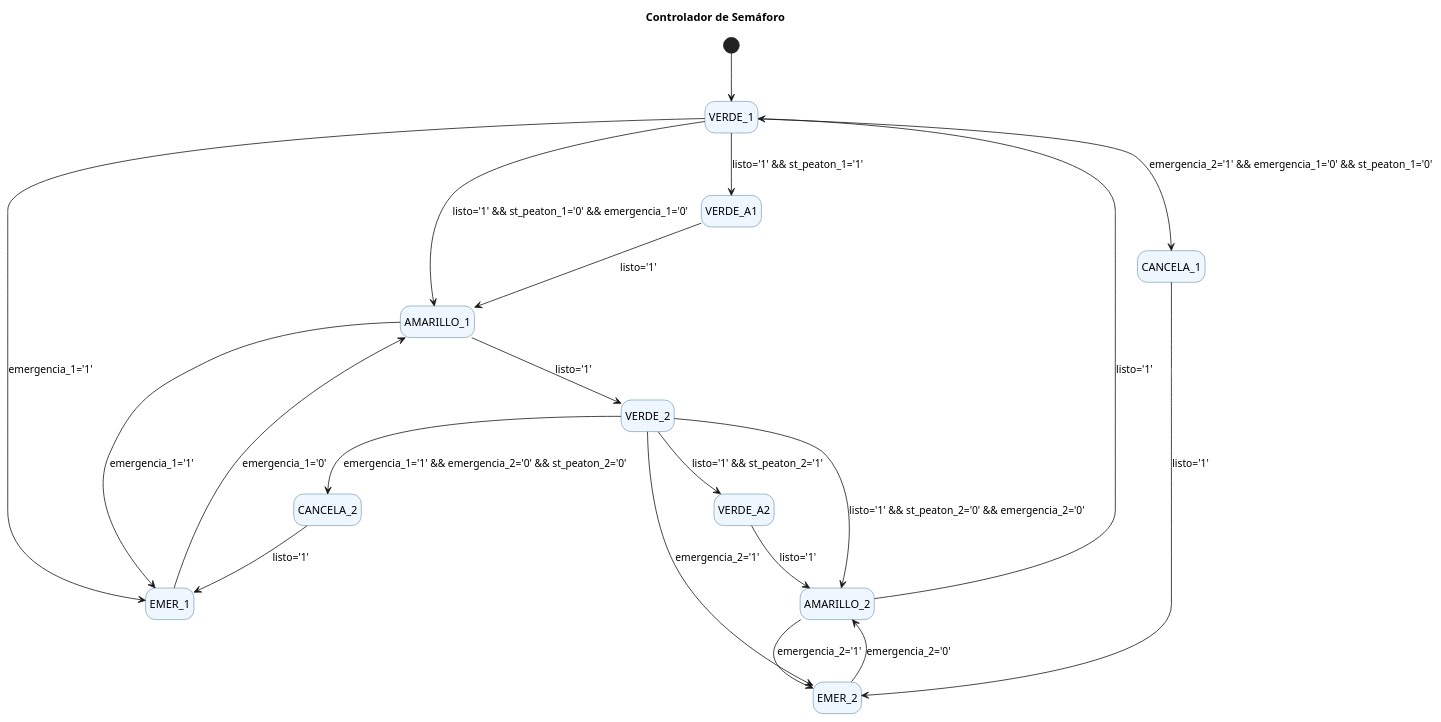
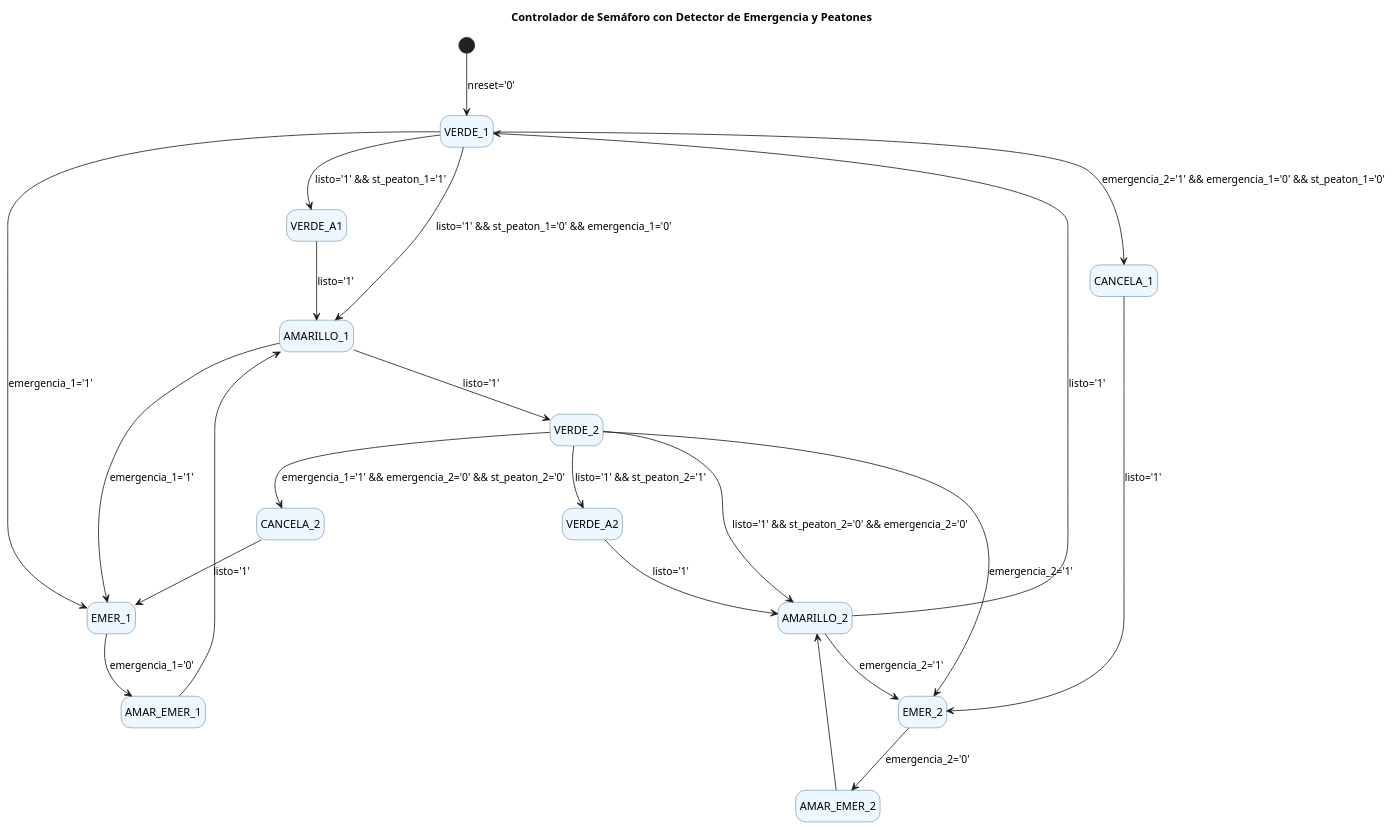
One commit to rocialarcon/actividad6_Alarcon_rocio changed the diagram in semaforo.puml. Above: the diagram before and after it, drawn with PlantUML. The commit also changed 5 other files, not shown here.

```diff
--- a/semaforo.puml
+++ b/semaforo.puml
@@ -1,56 +1,60 @@
 @startuml
-title Controlador de Semáforo
+title Controlador de Semáforo con Detector de Emergencia y Peatones
 
 hide empty description
 skinparam state {
   BackgroundColor #eef7ff
   BorderColor #22577A
   StartColor #38A3A5
 }
 
-[*] --> VERDE_1
+[*] --> VERDE_1 : nreset='0'
 
 ' -------- Declaración de estados --------
 state VERDE_1
+state AMARILLO_1
 state VERDE_A1
-state AMARILLO_1
 state EMER_1
+state AMAR_EMER_1
 state CANCELA_1
 
 state VERDE_2
+state AMARILLO_2
 state VERDE_A2
-state AMARILLO_2
 state EMER_2
+state AMAR_EMER_2
 state CANCELA_2
 
-' -------- Eje 1 --------
-VERDE_1   --> EMER_1     : emergencia_1='1'
-VERDE_1   --> VERDE_A1   : listo='1' && st_peaton_1='1'
-VERDE_1   --> CANCELA_1  : emergencia_2='1' && emergencia_1='0' && st_peaton_1='0'
-VERDE_1   --> AMARILLO_1 : listo='1' && st_peaton_1='0' && emergencia_1='0'
+' -------- Región / Eje 1 --------
+VERDE_1     --> EMER_1        : emergencia_1='1'
+VERDE_1     --> VERDE_A1      : listo='1' && st_peaton_1='1'
+VERDE_1     --> CANCELA_1     : emergencia_2='1' && emergencia_1='0' && st_peaton_1='0'
+VERDE_1     --> AMARILLO_1    : listo='1' && st_peaton_1='0' && emergencia_1='0'
 
-VERDE_A1  --> AMARILLO_1 : listo='1'
+VERDE_A1    --> AMARILLO_1    : listo='1'
 
-AMARILLO_1 --> VERDE_2   : listo='1'
-AMARILLO_1 --> EMER_1    : emergencia_1='1'
+AMARILLO_1  --> VERDE_2       : listo='1'
+AMARILLO_1  --> EMER_1        : emergencia_1='1'
 
-EMER_1    --> AMARILLO_1 : emergencia_1='0'
+EMER_1      --> AMAR_EMER_1   : emergencia_1='0'
+AMAR_EMER_1 --> AMARILLO_1
 
-CANCELA_1 --> EMER_2     : listo='1'
+CANCELA_1   --> EMER_2        : listo='1'
 
-' -------- Eje 2 --------
-VERDE_2   --> EMER_2     : emergencia_2='1'
-VERDE_2   --> VERDE_A2   : listo='1' && st_peaton_2='1'
-VERDE_2   --> CANCELA_2  : emergencia_1='1' && emergencia_2='0' && st_peaton_2='0'
-VERDE_2   --> AMARILLO_2 : listo='1' && st_peaton_2='0' && emergencia_2='0'
+' -------- Región / Eje 2 --------
+VERDE_2     --> EMER_2        : emergencia_2='1'
+VERDE_2     --> VERDE_A2      : listo='1' && st_peaton_2='1'
+VERDE_2     --> CANCELA_2     : emergencia_1='1' && emergencia_2='0' && st_peaton_2='0'
+VERDE_2     --> AMARILLO_2    : listo='1' && st_peaton_2='0' && emergencia_2='0'
 
-VERDE_A2  --> AMARILLO_2 : listo='1'
+VERDE_A2    --> AMARILLO_2    : listo='1'
 
-AMARILLO_2 --> VERDE_1   : listo='1'
-AMARILLO_2 --> EMER_2    : emergencia_2='1'
+AMARILLO_2  --> VERDE_1       : listo='1'
+AMARILLO_2  --> EMER_2        : emergencia_2='1'
 
-EMER_2    --> AMARILLO_2 : emergencia_2='0'
+EMER_2      --> AMAR_EMER_2   : emergencia_2='0'
+AMAR_EMER_2 --> AMARILLO_2
 
-CANCELA_2 --> EMER_1     : listo='1'
+CANCELA_2   --> EMER_1        : listo='1'
 
 @enduml
```
